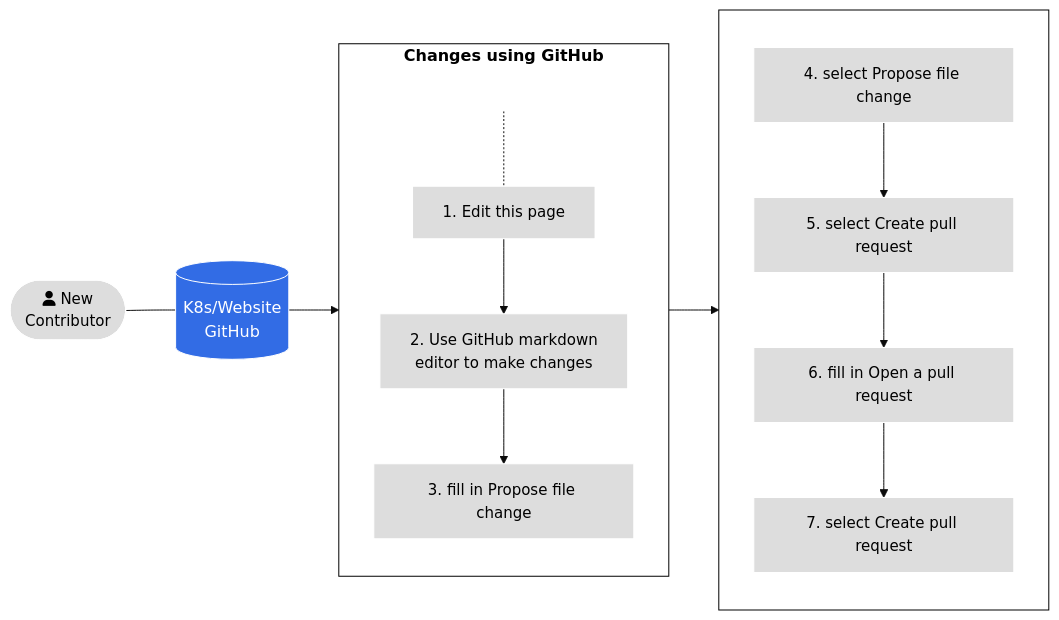
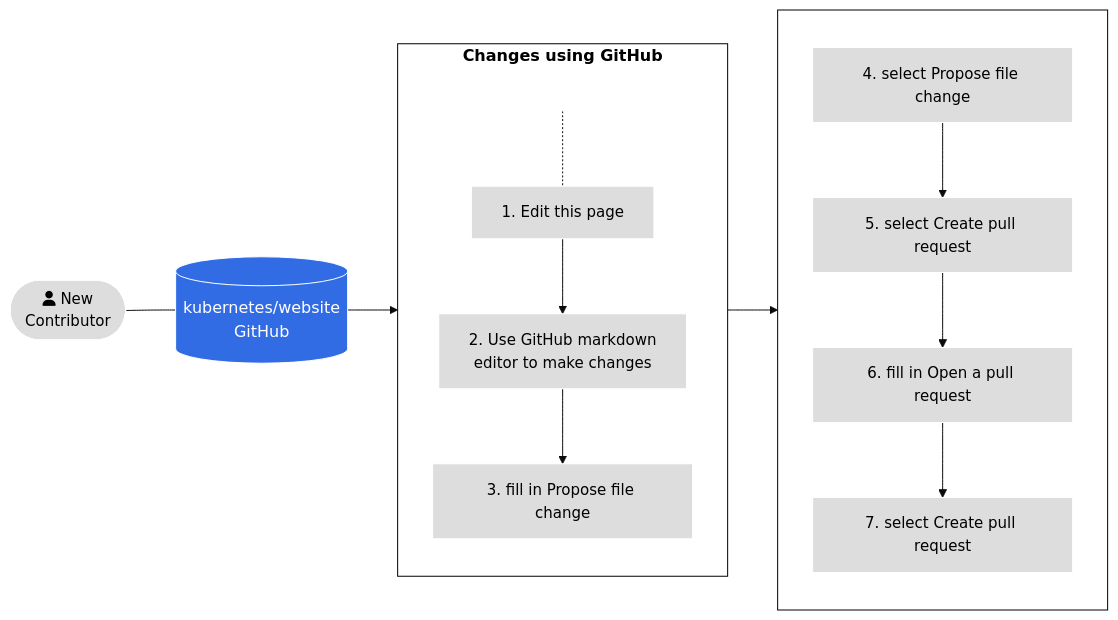
Before and after one commit to KimSJ15/kubernetes_website: the first of 3 diagrams in content/en/docs/contribute/new-content/open-a-pr.md, drawn with Mermaid (base theme). The commit also changed other lines of this file and 4 other files, not shown here.

```diff
--- a/content/en/docs/contribute/new-content/open-a-pr.md
+++ b/content/en/docs/contribute/new-content/open-a-pr.md
@@ -38,27 +38,27 @@
 {{< mermaid >}}
 flowchart LR
-A([fa:fa-user New<br>Contributor]) --- id1[(K8s/Website<br>GitHub)]
+A([fa:fa-user New<br>Contributor]) --- id1[(kubernetes/website<br>GitHub)]
 subgraph tasks[Changes using GitHub]
 direction TB
     0[ ] -.-
     1[1. Edit this page] --> 2[2. Use GitHub markdown<br>editor to make changes]
     2 --> 3[3. fill in Propose file change]
 
 end
 subgraph tasks2[ ]
 direction TB
 4[4. select Propose file change] --> 5[5. select Create pull request] --> 6[6. fill in Open a pull request]
 6 --> 7[7. select Create pull request] 
 end
 
 id1 --> tasks --> tasks2
 
 classDef grey fill:#dddddd,stroke:#ffffff,stroke-width:px,color:#000000, font-size:15px;
 classDef white fill:#ffffff,stroke:#000,stroke-width:px,color:#000,font-weight:bold
 classDef k8s fill:#326ce5,stroke:#fff,stroke-width:1px,color:#fff;
 classDef spacewhite fill:#ffffff,stroke:#fff,stroke-width:0px,color:#000
 class A,1,2,3,4,5,6,7 grey
 class 0 spacewhite
 class tasks,tasks2 white
 class id1 k8s
 {{</ mermaid >}}
```
